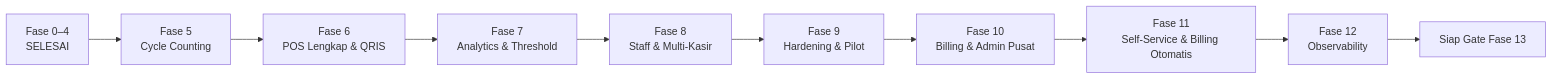
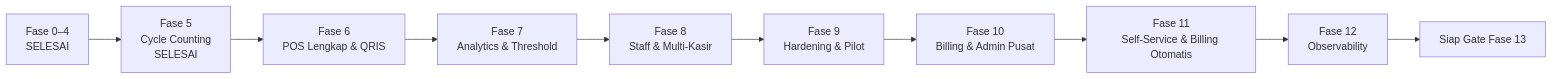
The diagram in saas-contract-final-v1/master-plan-fase-5-12.md (aulaHamidin/InventoryPos-Laravel12), drawn with Mermaid before and after one commit. The commit also changed other lines of this file and 2 other files, not shown here.

````diff
--- a/saas-contract-final-v1/master-plan-fase-5-12.md
+++ b/saas-contract-final-v1/master-plan-fase-5-12.md
@@ -41,12 +41,12 @@
 ```mermaid
 flowchart LR
-    F04["Fase 0–4\nSELESAI"] --> F5["Fase 5\nCycle Counting"]
+    F04["Fase 0–4\nSELESAI"] --> F5["Fase 5\nCycle Counting\nSELESAI"]
     F5 --> F6["Fase 6\nPOS Lengkap & QRIS"]
     F6 --> F7["Fase 7\nAnalytics & Threshold"]
     F7 --> F8["Fase 8\nStaff & Multi-Kasir"]
     F8 --> F9["Fase 9\nHardening & Pilot"]
     F9 --> F10["Fase 10\nBilling & Admin Pusat"]
     F10 --> F11["Fase 11\nSelf-Service & Billing Otomatis"]
     F11 --> F12["Fase 12\nObservability"]
     F12 --> READY["Siap Gate Fase 13"]
 ```
````
